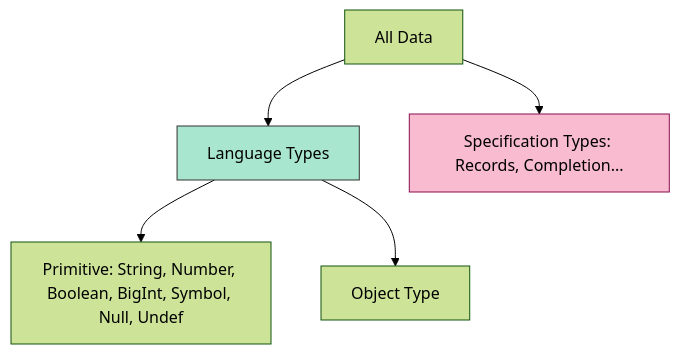
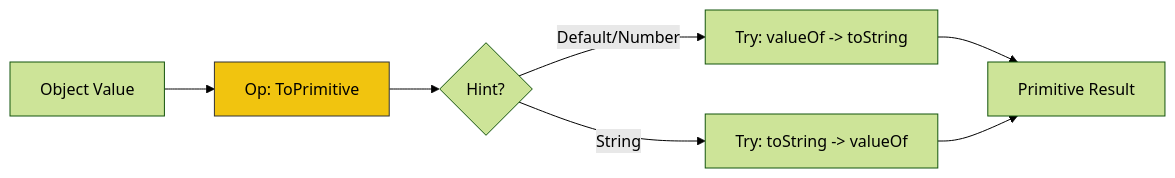
The diagram in RAK-04-core-specification/SR-01-spec-algorithm-conventions/BK-01_SpecFoundations/CH-03_TypeTaxonomy/README.md (syahputrawork98-sketch/JavaScript-Learning-Hub), drawn with Mermaid (forest theme) before and after one commit. The commit also changed other lines of this file and 12 other files, not shown here.

````diff
--- a/RAK-04-core-specification/SR-01-spec-algorithm-conventions/BK-01_SpecFoundations/CH-03_TypeTaxonomy/README.md
+++ b/RAK-04-core-specification/SR-01-spec-algorithm-conventions/BK-01_SpecFoundations/CH-03_TypeTaxonomy/README.md
@@ -23,11 +25,11 @@
 ```mermaid
-graph TD
-    All[All Data] --> Lang[Language Types]
-    All --> Spec[Specification Types: Records, Completion...]
+graph LR
+    Obj[Object Value] --> Top[Op: ToPrimitive]
+    Top --> hint{Hint?}
+    hint -->|Default/Number| Order[Try: valueOf -> toString]
+    hint -->|String| Order2[Try: toString -> valueOf]
+    Order --> Prim[Primitive Result]
+    Order2 --> Prim
     
-    Lang --> Prim[Primitive: String, Number, Boolean, BigInt, Symbol, Null, Undef]
-    Lang --> Obj[Object Type]
-    
-    style Lang fill:#a8e6cf,stroke:#333
-    style Spec fill:#f8bbd0,stroke:#880e4f
+    style Top fill:#f1c40f,stroke:#333
 ```
````
